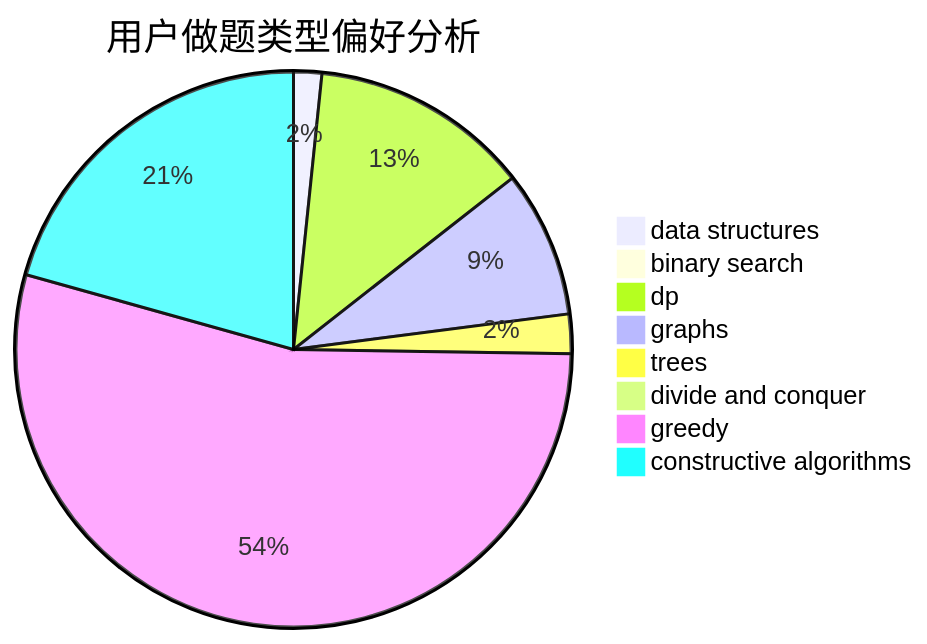
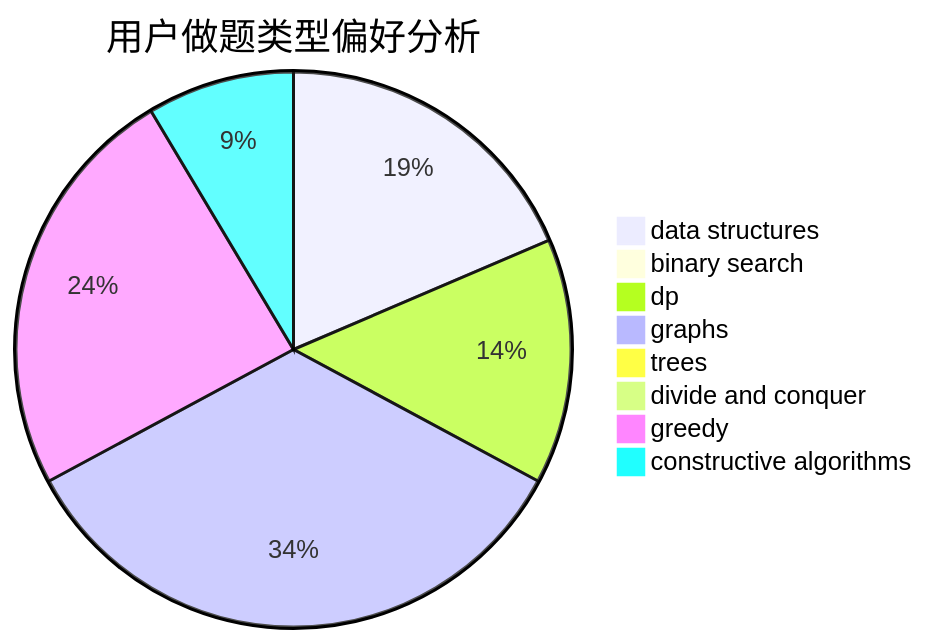
The second of 3 diagrams in docs/user/u852.md (sherpahu/cfrs.github.io), drawn with Mermaid before and after one commit. The commit also changed other lines of this file and 2770 other files, not shown here.

````diff
--- a/docs/user/u852.md
+++ b/docs/user/u852.md
@@ -23,11 +23,11 @@
 ```mermaid
 pie title 用户做题类型偏好分析
-    "data structures" :  5
+    "data structures" :  13
     "binary search" :  0
-    "dp" :  39
-    "graphs" :  26
-    "trees" :  7
+    "dp" :  10
+    "graphs" :  24
+    "trees" :  0
     "divide and conquer" :  0
-    "greedy" :  165
-    "constructive algorithms" :  63
+    "greedy" :  17
+    "constructive algorithms" :  6
 ```
````
